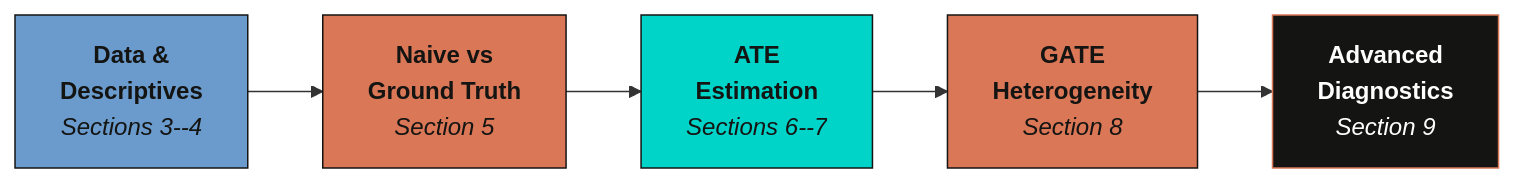
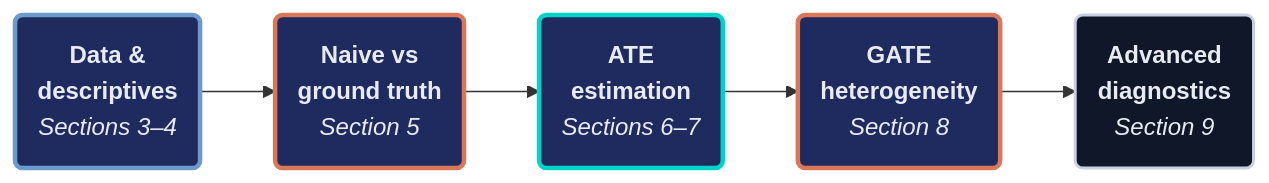
The first of 3 diagrams in content/post/stata_cate2/index.md (cmg777/starter-academic-v501), drawn with Mermaid before and after one commit. The commit also changed other lines of this file and 13 other files, not shown here.

First line of the commit message:
content(mermaid): restyle flowcharts in Stata posts, batch 1 of 2

````diff
--- a/content/post/stata_cate2/index.md
+++ b/content/post/stata_cate2/index.md
@@ -102,16 +102,16 @@
 ```mermaid
 flowchart LR
-    A["<b>Data &<br/>Descriptives</b><br/><i>Sections 3--4</i>"]:::data
-    B["<b>Naive vs<br/>Ground Truth</b><br/><i>Section 5</i>"]:::naive
-    C["<b>ATE<br/>Estimation</b><br/><i>Sections 6--7</i>"]:::ate
-    D["<b>GATE<br/>Heterogeneity</b><br/><i>Section 8</i>"]:::gate
-    E["<b>Advanced<br/>Diagnostics</b><br/><i>Section 9</i>"]:::diag
+    A("<b>Data &<br/>descriptives</b><br/><i>Sections 3–4</i>"):::data
+    B("<b>Naive vs<br/>ground truth</b><br/><i>Section 5</i>"):::naive
+    C("<b>ATE<br/>estimation</b><br/><i>Sections 6–7</i>"):::ate
+    D("<b>GATE<br/>heterogeneity</b><br/><i>Section 8</i>"):::gate
+    E("<b>Advanced<br/>diagnostics</b><br/><i>Section 9</i>"):::diag
 
     A --> B --> C --> D --> E
 
-    classDef data fill:#6a9bcc,stroke:#141413,color:#141413
-    classDef naive fill:#d97757,stroke:#141413,color:#141413
-    classDef ate fill:#00d4c8,stroke:#141413,color:#141413
-    classDef gate fill:#d97757,stroke:#141413,color:#141413
-    classDef diag fill:#141413,stroke:#d97757,color:#fff
+    classDef data fill:#1f2b5e,stroke:#6a9bcc,stroke-width:3px,color:#e8ecf2
+    classDef naive fill:#1f2b5e,stroke:#d97757,stroke-width:3px,color:#e8ecf2
+    classDef ate fill:#1f2b5e,stroke:#00d4c8,stroke-width:3px,color:#e8ecf2
+    classDef gate fill:#1f2b5e,stroke:#d97757,stroke-width:3px,color:#e8ecf2
+    classDef diag fill:#0f1729,stroke:#c8d0e0,stroke-width:2px,color:#e8ecf2
 ```
````
